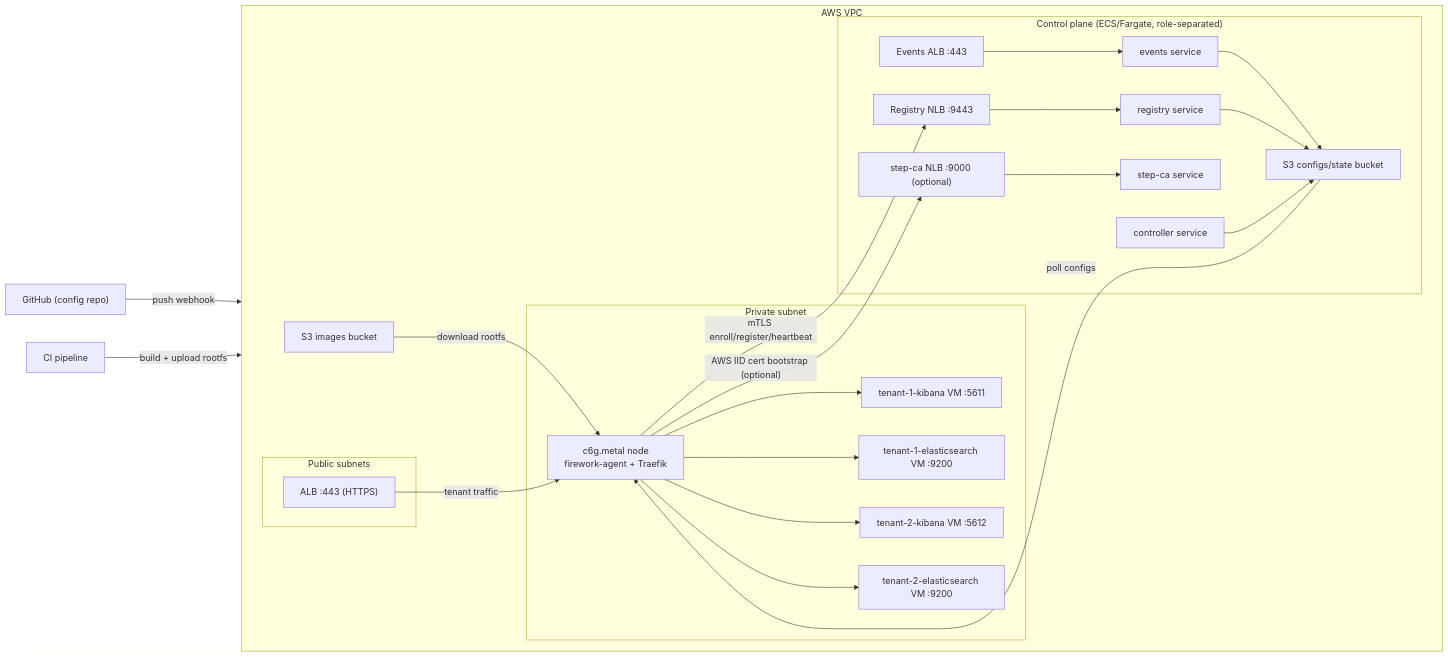
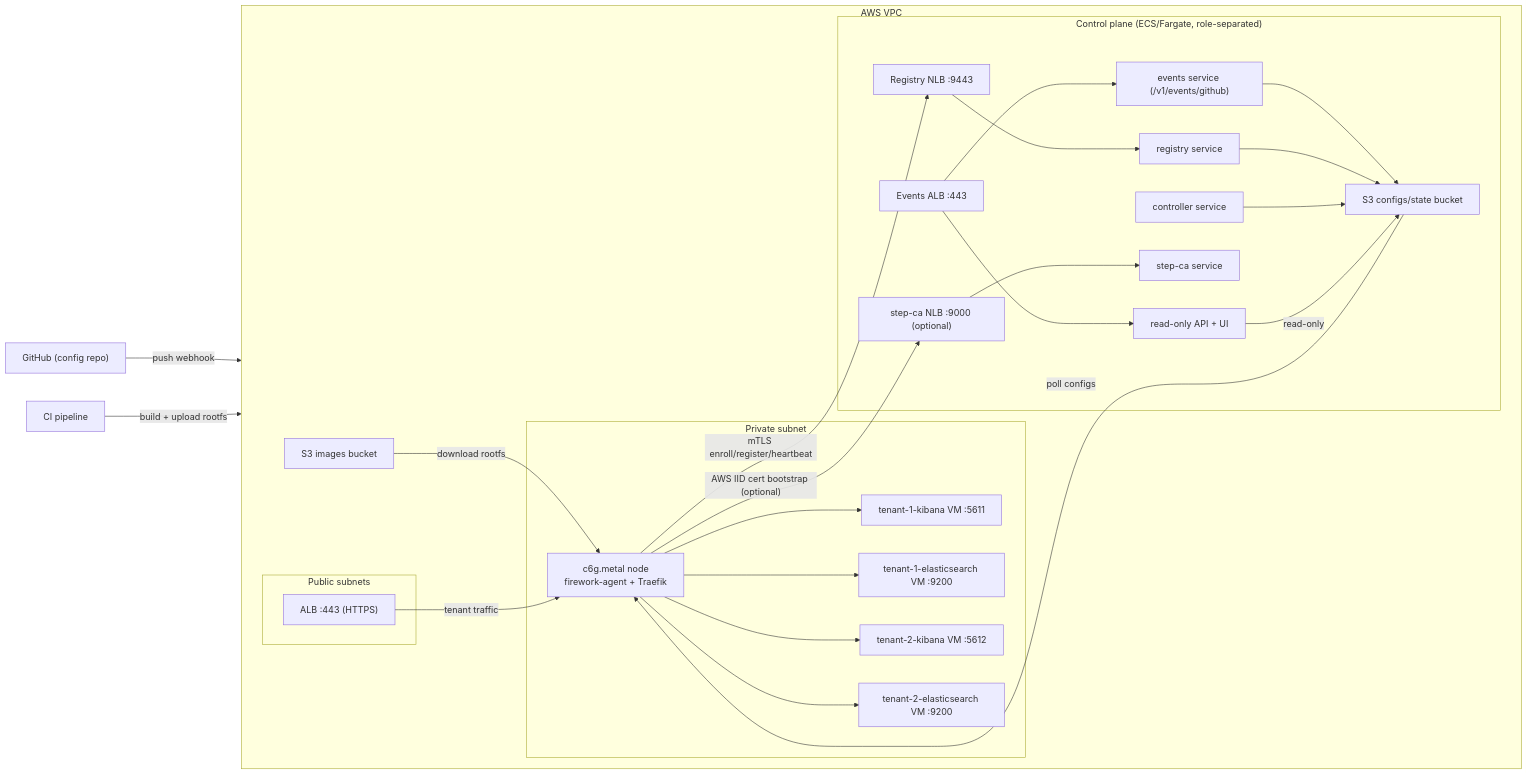
The diagram in README.md (artemnikitin/firework-deployment-example), drawn with Mermaid before and after one commit. The commit also changed other lines of this file and 25 other files, not shown here.

````diff
--- a/README.md
+++ b/README.md
@@ -14,41 +14,43 @@
 ```mermaid
 flowchart LR
   GitHub["GitHub (config repo)"] -->|push webhook| EventsALB["Events ALB :443"]
   CI["CI pipeline"] -->|build + upload rootfs| S3Images["S3 images bucket"]
 
   subgraph VPC["AWS VPC"]
     direction LR
 
     subgraph ControlPlane["Control plane (ECS/Fargate, role-separated)"]
-      EventsALB --> Events["events service"]
+      EventsALB --> Events["events service (/v1/events/github)"]
+      EventsALB --> API["read-only API + UI"]
       Events --> S3Configs["S3 configs/state bucket"]
       RegistryNLB["Registry NLB :9443"] --> Registry["registry service"]
       StepCANLB["step-ca NLB :9000 (optional)"] --> StepCA["step-ca service"]
       Registry --> S3Configs
       Controller["controller service"] --> S3Configs
+      API -->|read-only| S3Configs
     end
 
     subgraph Public["Public subnets"]
       ALB["ALB :443 (HTTPS)"]
     end
 
     subgraph Private["Private subnet"]
       Node["c6g.metal node<br/>firework-agent + Traefik"]
       VM1["tenant-1-kibana VM :5611"]
       VM2["tenant-1-elasticsearch VM :9200"]
       VM3["tenant-2-kibana VM :5612"]
       VM4["tenant-2-elasticsearch VM :9200"]
 
       Node --> VM1
       Node --> VM2
       Node --> VM3
       Node --> VM4
     end
 
     S3Configs -->|poll configs| Node
     S3Images -->|download rootfs| Node
     Node -- "AWS IID cert bootstrap (optional)" --> StepCANLB
     Node -->|mTLS enroll/register/heartbeat| RegistryNLB
     ALB -->|tenant traffic| Node
   end
 ```
````
